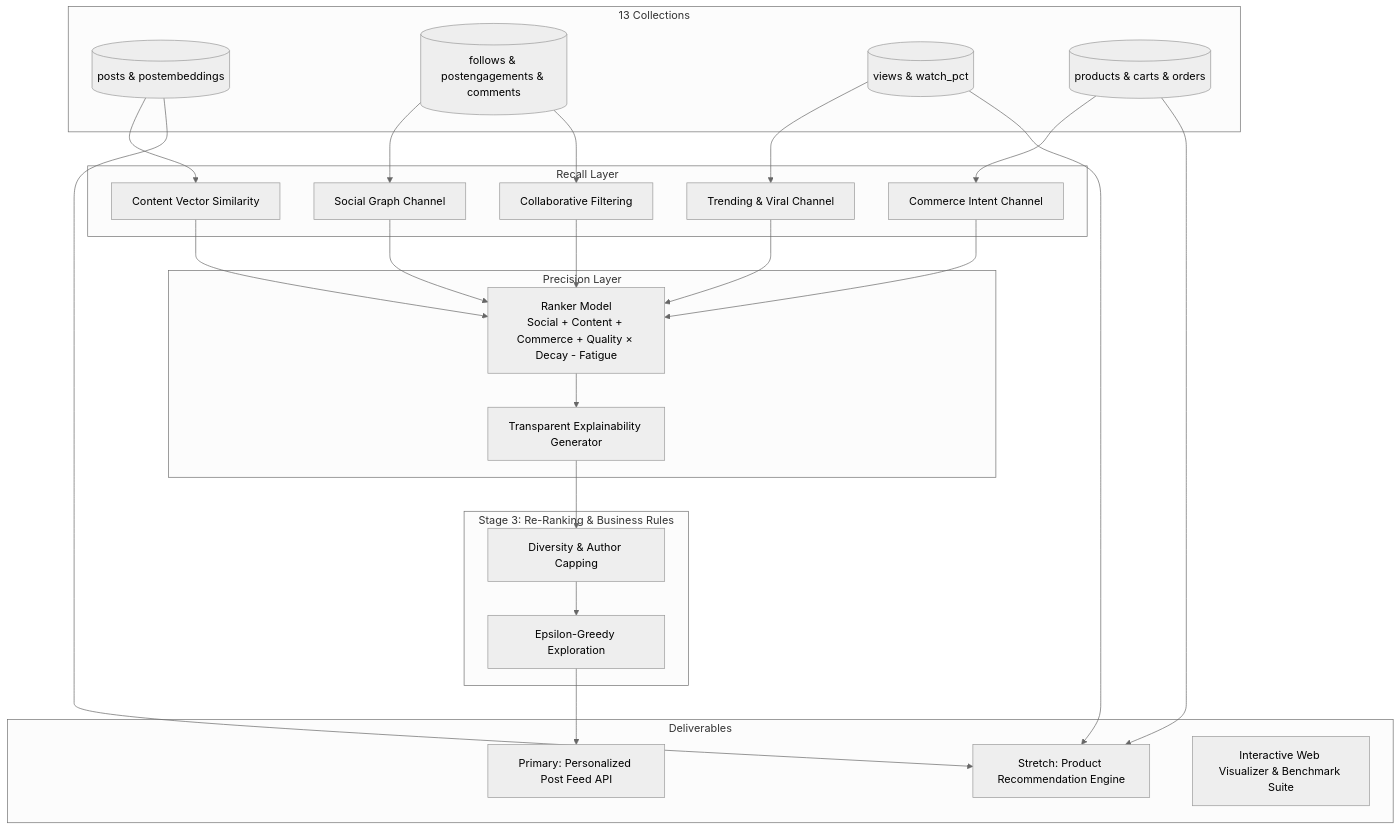
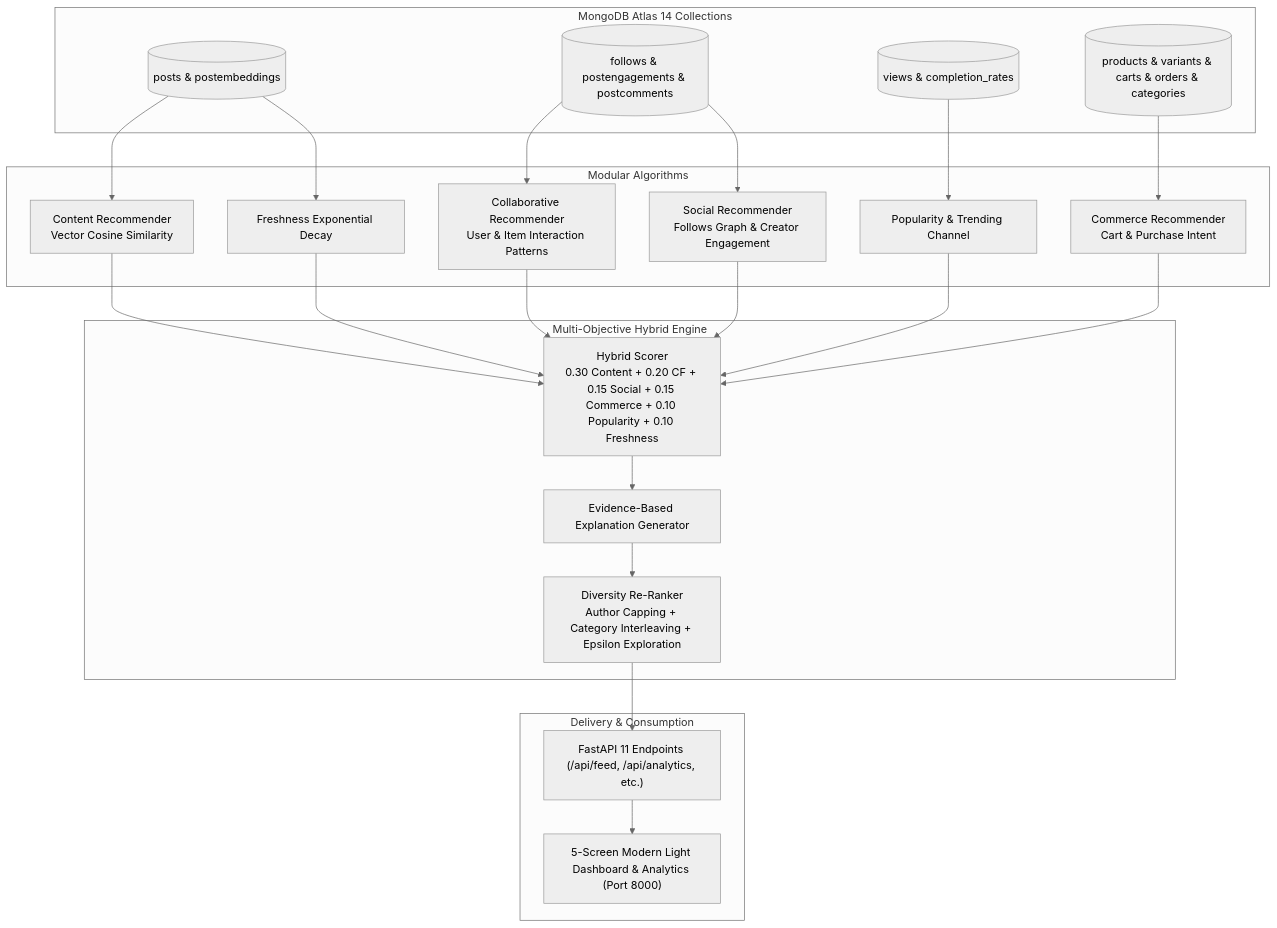
One commit to Sachinkannan127/Post-Recommendation changed the diagram in README.md. Above: the diagram before and after it, drawn with Mermaid (neutral theme). The commit also changed other lines of this file and 30 other files, not shown here.

Commit message:
feat: complete modular AI recommendation engine, clean light dashboard, and evaluation benchmark

````diff
--- a/README.md
+++ b/README.md
@@ -11,43 +16,39 @@
 ```mermaid
 graph TD
-    subgraph Data Sources [13 Collections]
+    subgraph Data Sources [MongoDB Atlas 14 Collections]
         Posts[(posts & postembeddings)]
-        Social[(follows & postengagements & comments)]
-        Activity[(views & watch_pct)]
-        Commerce[(products & carts & orders)]
+        Social[(follows & postengagements & postcomments)]
+        Activity[(views & completion_rates)]
+        Commerce[(products & variants & carts & orders & categories)]
     end
 
-    subgraph Stage 1: Candidate Generation [Recall Layer]
-        C1[Social Graph Channel]
-        C2[Content Vector Similarity]
-        C3[Commerce Intent Channel]
-        C4[Collaborative Filtering]
-        C5[Trending & Viral Channel]
+    subgraph Service Tier [Modular Algorithms]
+        CR[Content Recommender<br/>Vector Cosine Similarity]
+        CF[Collaborative Recommender<br/>User & Item Interaction Patterns]
+        SR[Social Recommender<br/>Follows Graph & Creator Engagement]
+        CMR[Commerce Recommender<br/>Cart & Purchase Intent]
+        POP[Popularity & Trending Channel]
+        FR[Freshness Exponential Decay]
     end
 
-    subgraph Stage 2: Multi-Objective Ranking [Precision Layer]
-        Ranker[Ranker Model<br/>Social + Content + Commerce + Quality × Decay - Fatigue]
-        Explainer[Transparent Explainability Generator]
+    subgraph Multi-Objective Hybrid Engine
+        Ranker["Hybrid Scorer<br/>0.30 Content + 0.20 CF + 0.15 Social + 0.15 Commerce + 0.10 Popularity + 0.10 Freshness"]
+        Explainer["Evidence-Based Explanation Generator"]
+        Diversity["Diversity Re-Ranker<br/>Author Capping + Category Interleaving + Epsilon Exploration"]
     end
 
-    subgraph Stage 3: Re-Ranking & Business Rules
-        Div[Diversity & Author Capping]
-        Bandit[Epsilon-Greedy Exploration]
+    subgraph Delivery & Consumption
+        API["FastAPI 11 Endpoints (/api/feed, /api/analytics, etc.)"]
+        UI["5-Screen Modern Light Dashboard & Analytics (Port 8000)"]
     end
 
-    subgraph Deliverables
-        Feed[Primary: Personalized Post Feed API]
-        Products[Stretch: Product Recommendation Engine]
-        UI[Interactive Web Visualizer & Benchmark Suite]
-    end
+    Posts --> CR
+    Social --> CF
+    Social --> SR
+    Commerce --> CMR
+    Activity --> POP
+    Posts --> FR
 
-    Posts --> C2
-    Social --> C1
-    Social --> C4
-    Activity --> C5
-    Commerce --> C3
-
-    C1 & C2 & C3 & C4 & C5 --> Ranker
-    Ranker --> Explainer --> Div --> Bandit --> Feed
-    Activity & Commerce & Posts --> Products
+    CR & CF & SR & CMR & POP & FR --> Ranker
+    Ranker --> Explainer --> Diversity --> API --> UI
 ```
````
